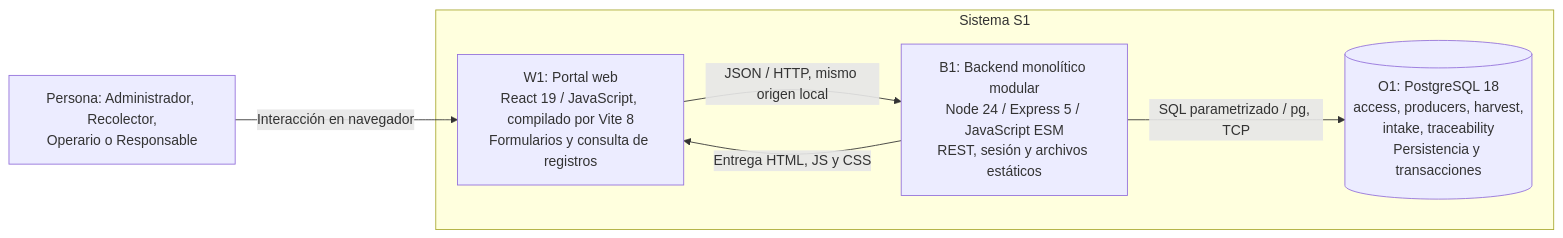
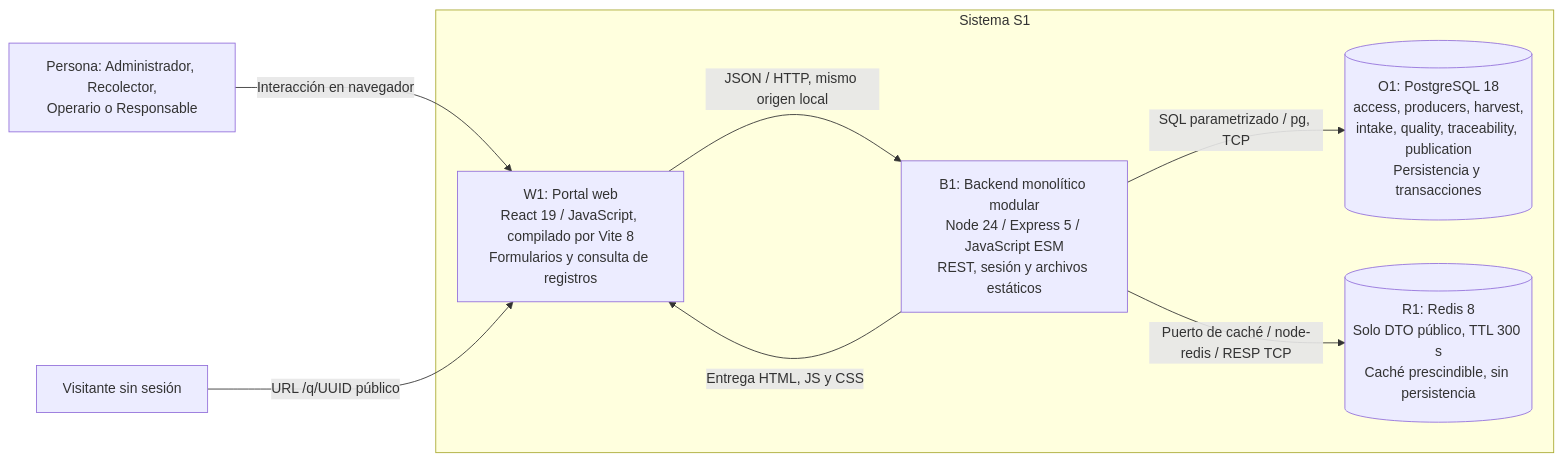
One commit to carlosgaraundo27-svg/Trazabilidad-Agricola-Arquitectura changed the second of 7 diagrams in docs/04-modelo-c4/modelo-c4.md. Above: the diagram before and after it, drawn with Mermaid. The commit also changed other lines of this file and 28 other files, not shown here.

````diff
--- a/docs/04-modelo-c4/modelo-c4.md
+++ b/docs/04-modelo-c4/modelo-c4.md
@@ -34,13 +40,16 @@
 ```mermaid
 flowchart LR
   USUARIO["Persona: Administrador, Recolector,<br/>Operario o Responsable"]
   subgraph S1["Sistema S1"]
     W1["W1: Portal web<br/>React 19 / JavaScript, compilado por Vite 8<br/>Formularios y consulta de registros"]
     B1["B1: Backend monolítico modular<br/>Node 24 / Express 5 / JavaScript ESM<br/>REST, sesión y archivos estáticos"]
-    O1[("O1: PostgreSQL 18<br/>access, producers, harvest,<br/>intake, traceability<br/>Persistencia y transacciones")]
+    O1[("O1: PostgreSQL 18<br/>access, producers, harvest,<br/>intake, quality, traceability, publication<br/>Persistencia y transacciones")]
+    R1[("R1: Redis 8<br/>Solo DTO público, TTL 300 s<br/>Caché prescindible, sin persistencia")]
   end
   USUARIO -->|"Interacción en navegador"| W1
+  VISITANTE["Visitante sin sesión"] -->|"URL /q/UUID público"| W1
+  B1 -->|"Puerto de caché / node-redis / RESP TCP"| R1
   W1 -->|"JSON / HTTP, mismo origen local"| B1
   B1 -->|"Entrega HTML, JS y CSS"| W1
   B1 -->|"SQL parametrizado / pg, TCP"| O1
 ```
````
